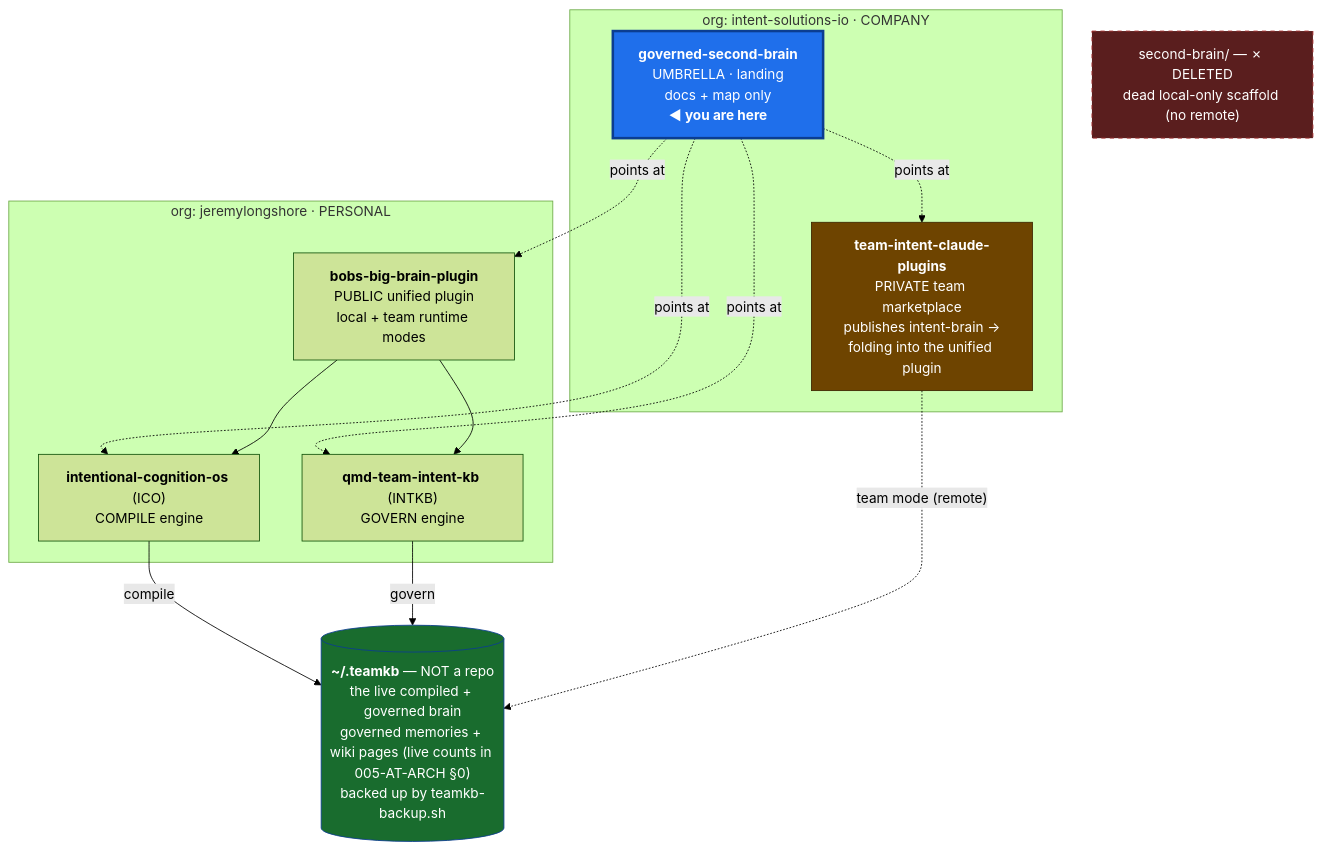
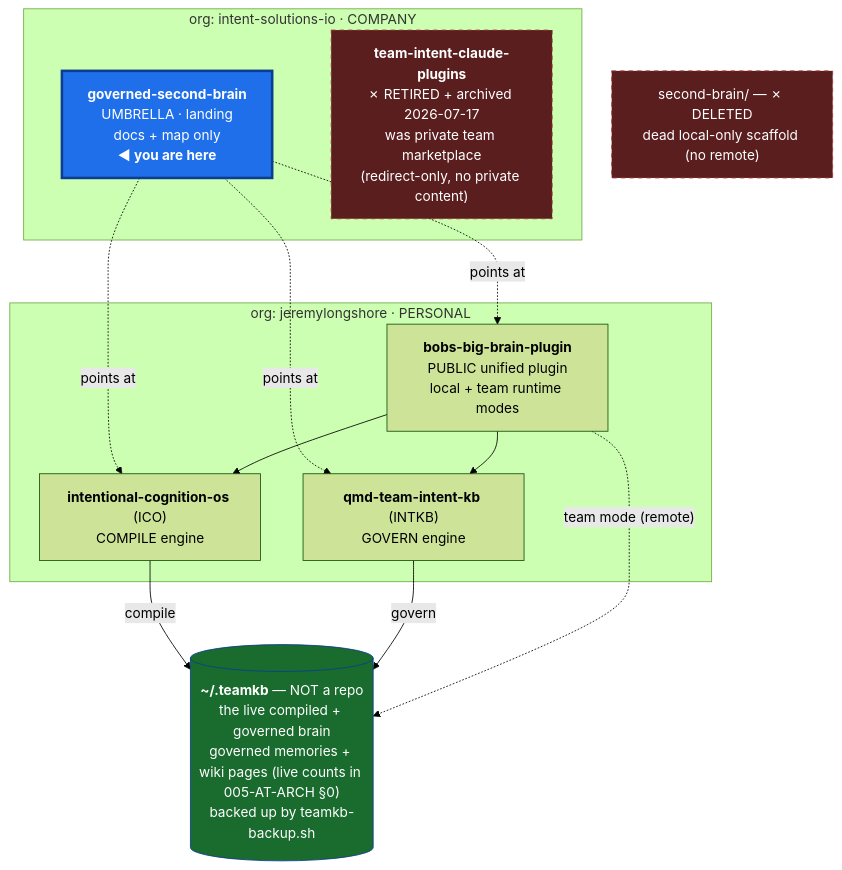
One commit to intent-solutions-io/bobs-big-brain-umbrella changed the diagram in 000-docs/007-AT-SMAP-repo-topology-and-working-surface.md. Above: the diagram before and after it, drawn with Mermaid (forest theme). The commit also changed other lines of this file and 3 other files, not shown here.

````diff
--- a/000-docs/007-AT-SMAP-repo-topology-and-working-surface.md
+++ b/000-docs/007-AT-SMAP-repo-topology-and-working-surface.md
@@ -19,29 +20,28 @@
 ```mermaid
 flowchart TB
   subgraph ISO["org: intent-solutions-io  ·  COMPANY"]
     UMB["<b>governed-second-brain</b><br/>UMBRELLA · landing<br/>docs + map only<br/><b>◀ you are here</b>"]
-    MKT["<b>team-intent-claude-plugins</b><br/>PRIVATE team marketplace<br/>publishes intent-brain →<br/>folding into the unified plugin"]
+    MKT["<b>team-intent-claude-plugins</b><br/>✗ RETIRED + archived 2026-07-17<br/>was private team marketplace<br/>(redirect-only, no private content)"]
   end
   subgraph JL["org: jeremylongshore  ·  PERSONAL"]
     ICO["<b>intentional-cognition-os</b> (ICO)<br/>COMPILE engine"]
     INTKB["<b>qmd-team-intent-kb</b> (INTKB)<br/>GOVERN engine"]
     PLUG["<b>bobs-big-brain-plugin</b><br/>PUBLIC unified plugin<br/>local + team runtime modes"]
   end
   DATA[("<b>~/.teamkb</b> — NOT a repo<br/>the live compiled + governed brain<br/>governed memories + wiki pages (live counts in 005-AT-ARCH §0)<br/>backed up by teamkb-backup.sh")]
   CRUFT["second-brain/ — ✗ DELETED<br/>dead local-only scaffold (no remote)"]
 
   UMB -. points at .-> ICO
   UMB -. points at .-> INTKB
   UMB -. points at .-> PLUG
-  UMB -. points at .-> MKT
   PLUG --> ICO
   PLUG --> INTKB
   ICO -- compile --> DATA
   INTKB -- govern --> DATA
-  MKT -. team mode (remote) .-> DATA
+  PLUG -. team mode (remote) .-> DATA
 
   style UMB fill:#1f6feb,stroke:#0b3d91,stroke-width:3px,color:#ffffff
   style DATA fill:#196c2e,stroke:#0b3d91,color:#ffffff
-  style MKT fill:#6e4400,stroke:#3d2600,color:#ffffff
+  style MKT fill:#5a1e1e,stroke:#a33,stroke-dasharray:5 5,color:#ffffff
   style CRUFT fill:#5a1e1e,stroke:#a33,stroke-dasharray:5 5,color:#ffffff
 ```
````
